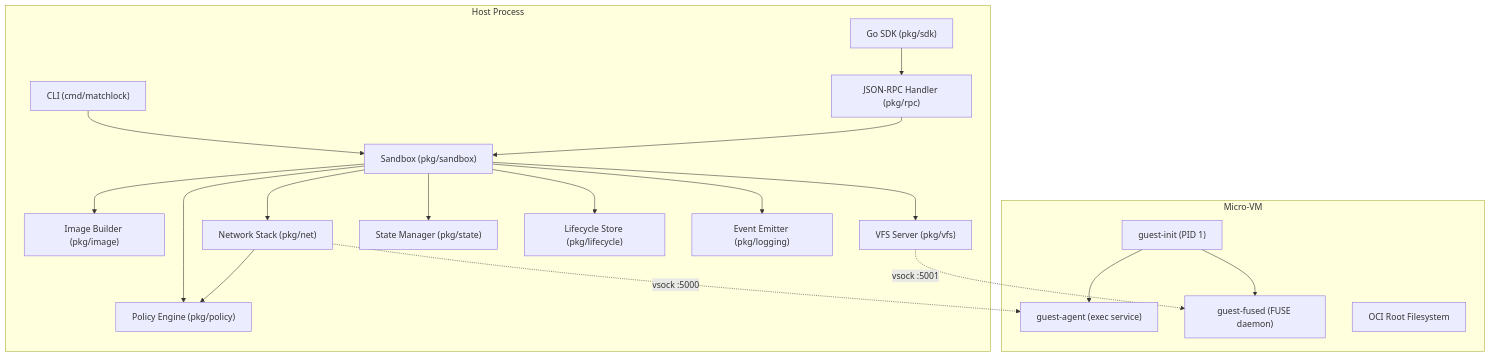
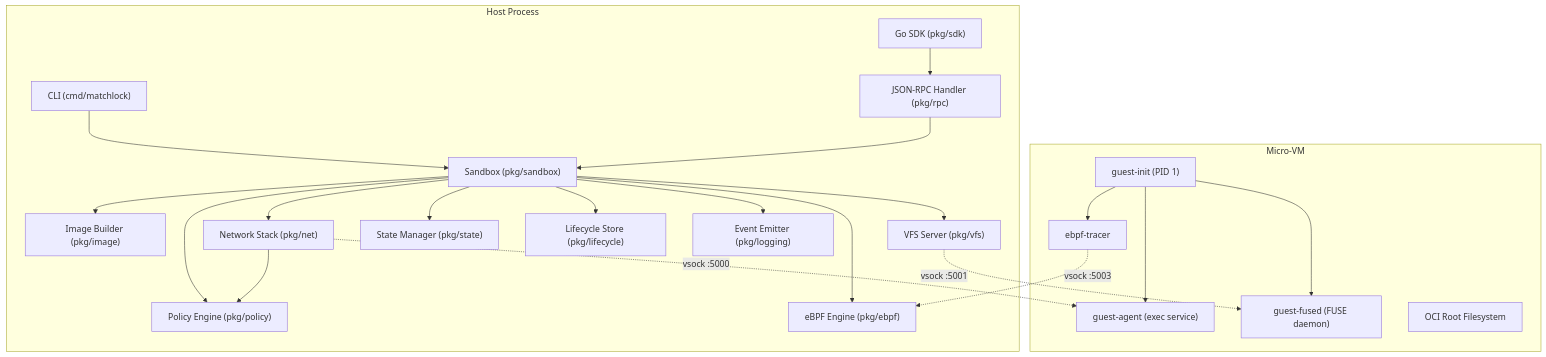
One commit to semiotic-agentium/matchlock changed the diagram in docs/extensions.md. Above: the diagram before and after it, drawn with Mermaid. The commit also changed other lines of this file and 5 other files, not shown here.

````diff
--- a/docs/extensions.md
+++ b/docs/extensions.md
@@ -9,39 +9,44 @@
 ```mermaid
 graph TB
     subgraph Host["Host Process"]
         CLI["CLI (cmd/matchlock)"]
         SDK_H["Go SDK (pkg/sdk)"]
         RPC["JSON-RPC Handler (pkg/rpc)"]
         SB["Sandbox (pkg/sandbox)"]
         IMG["Image Builder (pkg/image)"]
         POL["Policy Engine (pkg/policy)"]
         NET["Network Stack (pkg/net)"]
         VFS_H["VFS Server (pkg/vfs)"]
         STATE["State Manager (pkg/state)"]
         LC["Lifecycle Store (pkg/lifecycle)"]
         LOG["Event Emitter (pkg/logging)"]
+        EBPF["eBPF Engine (pkg/ebpf)"]
     end
 
     subgraph VM["Micro-VM"]
         INIT["guest-init (PID 1)"]
         AGENT["guest-agent (exec service)"]
         FUSED["guest-fused (FUSE daemon)"]
+        EBPF_T["ebpf-tracer"]
         ROOT["OCI Root Filesystem"]
     end
 
     CLI --> SB
     SDK_H --> RPC
     RPC --> SB
     SB --> NET
     SB --> VFS_H
     SB --> POL
     SB --> IMG
     SB --> STATE
     SB --> LC
     SB --> LOG
     NET --> POL
     NET -. "vsock :5000" .-> AGENT
     VFS_H -. "vsock :5001" .-> FUSED
+    SB --> EBPF
     INIT --> AGENT
     INIT --> FUSED
+    INIT --> EBPF_T
+    EBPF_T -. "vsock :5003" .-> EBPF
 ```
````
